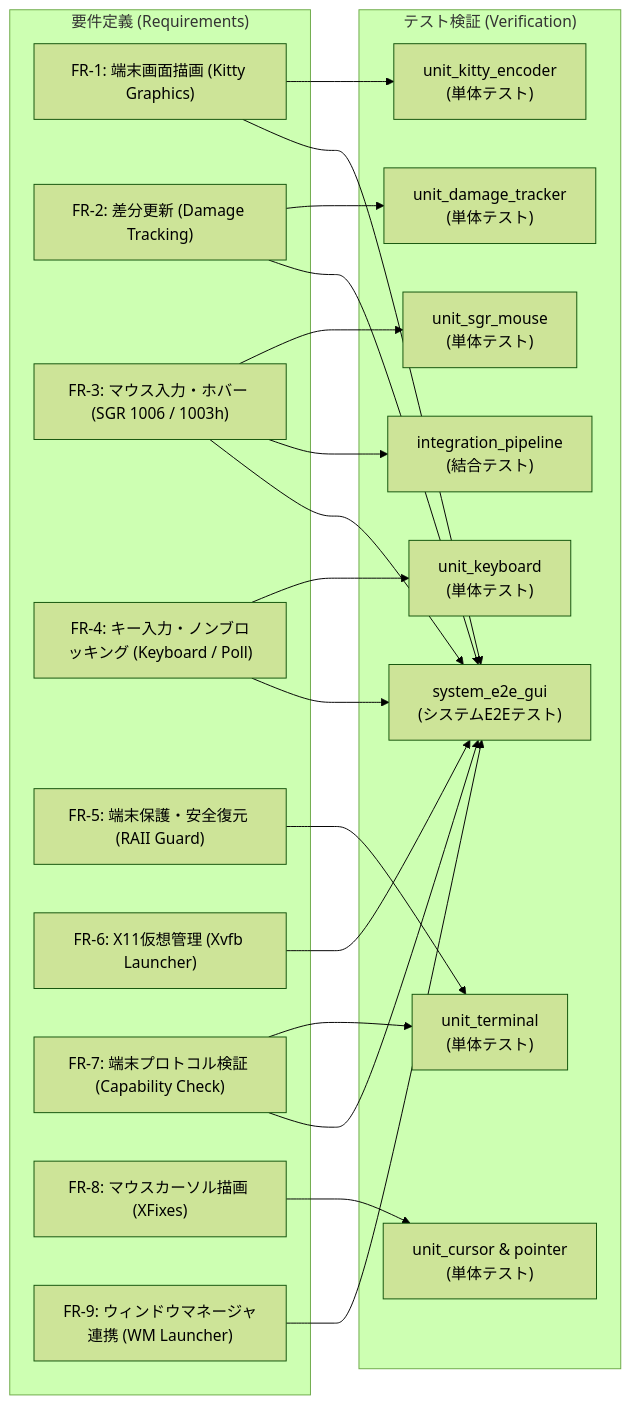
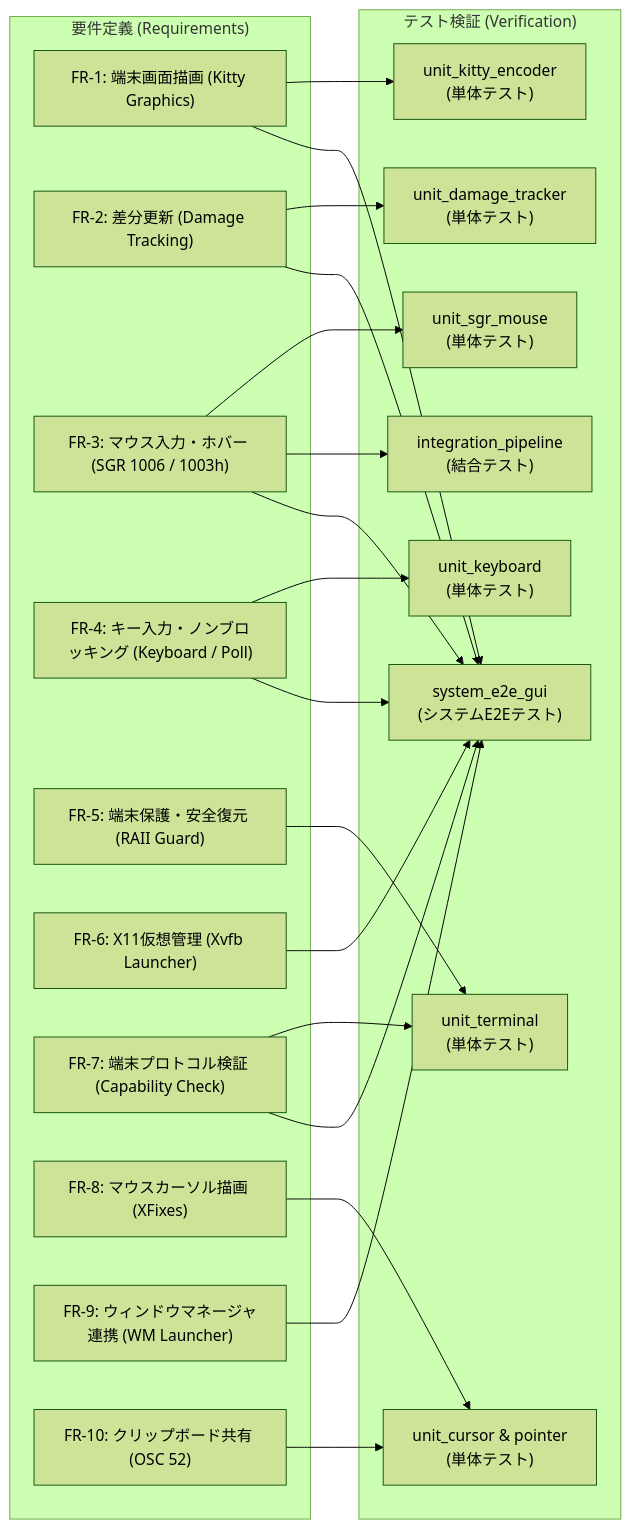
The diagram in docs/V_MODEL_SPEC.md (totatake/termway), drawn with Mermaid (forest theme) before and after one commit. The commit also changed other lines of this file and 4 other files, not shown here.

````diff
--- a/docs/V_MODEL_SPEC.md
+++ b/docs/V_MODEL_SPEC.md
@@ -9,41 +9,43 @@
 ```mermaid
 flowchart LR
     subgraph Requirements["要件定義 (Requirements)"]
         FR1["FR-1: 端末画面描画 (Kitty Graphics)"]
         FR2["FR-2: 差分更新 (Damage Tracking)"]
         FR3["FR-3: マウス入力・ホバー (SGR 1006 / 1003h)"]
         FR4["FR-4: キー入力・ノンブロッキング (Keyboard / Poll)"]
         FR5["FR-5: 端末保護・安全復元 (RAII Guard)"]
         FR6["FR-6: X11仮想管理 (Xvfb Launcher)"]
         FR7["FR-7: 端末プロトコル検証 (Capability Check)"]
         FR8["FR-8: マウスカーソル描画 (XFixes)"]
         FR9["FR-9: ウィンドウマネージャ連携 (WM Launcher)"]
+        FR10["FR-10: クリップボード共有 (OSC 52)"]
     end
 
     subgraph Verification["テスト検証 (Verification)"]
         T_Sys["system_e2e_gui<br/>(システムE2Eテスト)"]
         T_Integ["integration_pipeline<br/>(結合テスト)"]
         T_Mouse["unit_sgr_mouse<br/>(単体テスト)"]
         T_Kitty["unit_kitty_encoder<br/>(単体テスト)"]
         T_Term["unit_terminal<br/>(単体テスト)"]
         T_Damage["unit_damage_tracker<br/>(単体テスト)"]
         T_Key["unit_keyboard<br/>(単体テスト)"]
         T_Cursor["unit_cursor & pointer<br/>(単体テスト)"]
     end
 
     FR1 --> T_Kitty
     FR1 --> T_Sys
     FR2 --> T_Damage
     FR2 --> T_Sys
     FR3 --> T_Mouse
     FR3 --> T_Integ
     FR3 --> T_Sys
     FR4 --> T_Key
     FR4 --> T_Sys
     FR5 --> T_Term
     FR6 --> T_Sys
     FR7 --> T_Term
     FR7 --> T_Sys
     FR8 --> T_Cursor
     FR9 --> T_Sys
+    FR10 --> T_Cursor
 ```
````
